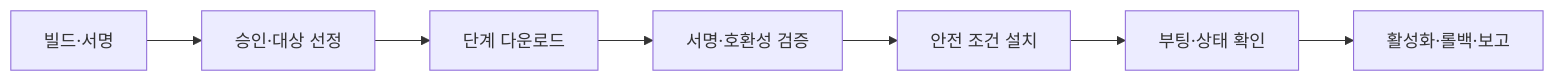
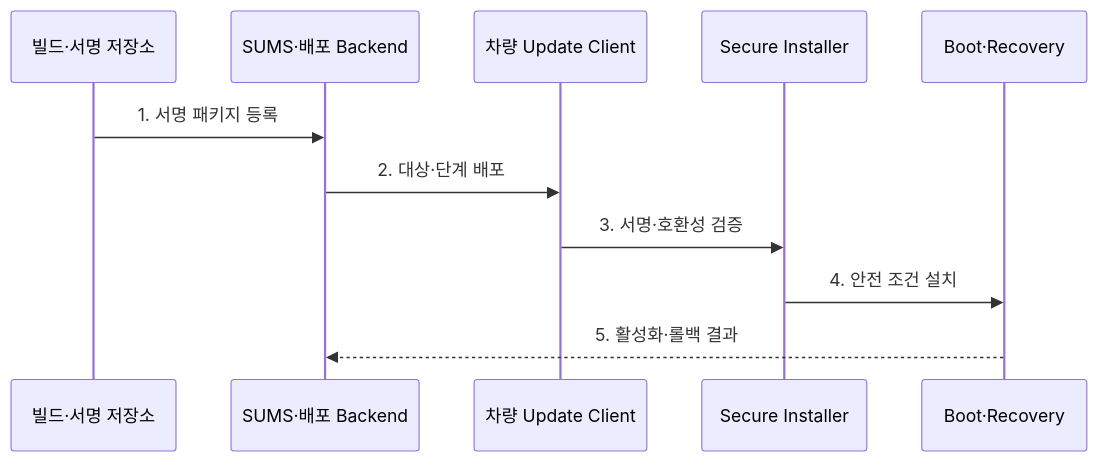
One commit to agnusdei1207/knowledge-base changed the second of 2 diagrams in src/content/docs/notes/08-latest-tech/205_ota_update.md. Above: the diagram before and after it, drawn with Mermaid. The commit also changed other lines of this file and 23 other files, not shown here.

````diff
--- a/src/content/docs/notes/08-latest-tech/205_ota_update.md
+++ b/src/content/docs/notes/08-latest-tech/205_ota_update.md
@@ -78,9 +80,13 @@
 ```mermaid
-flowchart LR
-  A["빌드·서명"] --> B["승인·대상 선정"]
-  B --> C["단계 다운로드"]
-  C --> D["서명·호환성 검증"]
-  D --> E["안전 조건 설치"]
-  E --> F["부팅·상태 확인"]
-  F --> G["활성화·롤백·보고"]
+sequenceDiagram
+  participant R as 빌드·서명 저장소
+  participant B as SUMS·배포 Backend
+  participant C as 차량 Update Client
+  participant I as Secure Installer
+  participant O as Boot·Recovery
+  R->>B: 1. 서명 패키지 등록
+  B->>C: 2. 대상·단계 배포
+  C->>I: 3. 서명·호환성 검증
+  I->>O: 4. 안전 조건 설치
+  O-->>B: 5. 활성화·롤백 결과
 ```
````
